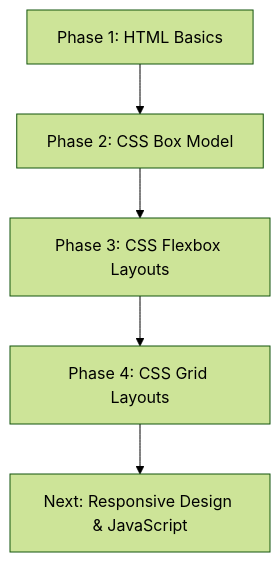
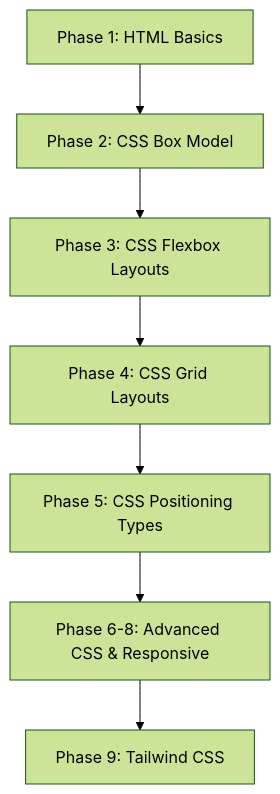
Before and after one commit to SaqibShah-dev/web-dev-journey: the diagram in README.md, drawn with Mermaid (forest theme). The commit also changed other lines of this file and 2 other files, not shown here.

````diff
--- a/README.md
+++ b/README.md
@@ -74,7 +80,9 @@
 ```mermaid
 graph TD
     A[Phase 1: HTML Basics] --> B[Phase 2: CSS Box Model]
     B --> C[Phase 3: CSS Flexbox Layouts]
     C --> D[Phase 4: CSS Grid Layouts]
-    D --> E[Next: Responsive Design & JavaScript]
+    D --> E[Phase 5: CSS Positioning Types]
+    E --> F[Phase 6-8: Advanced CSS & Responsive]
+    F --> G[Phase 9: Tailwind CSS]
 ```
````
